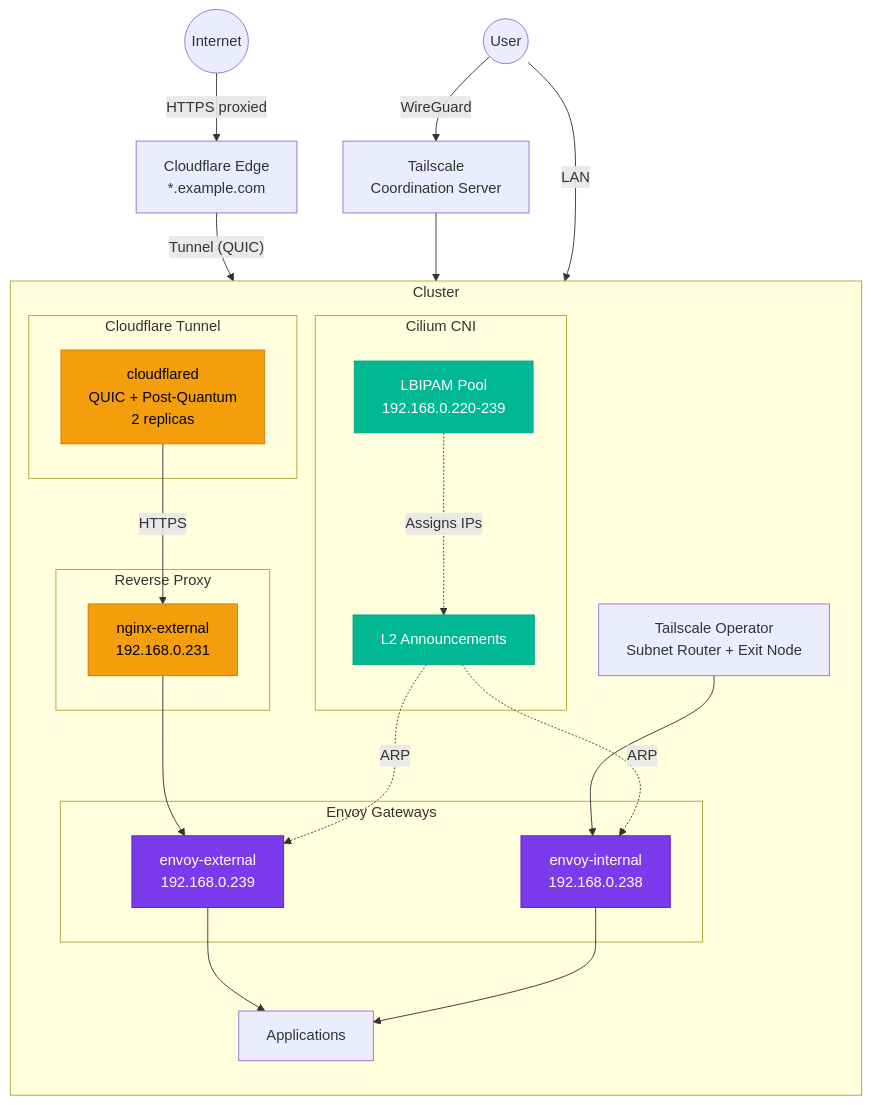
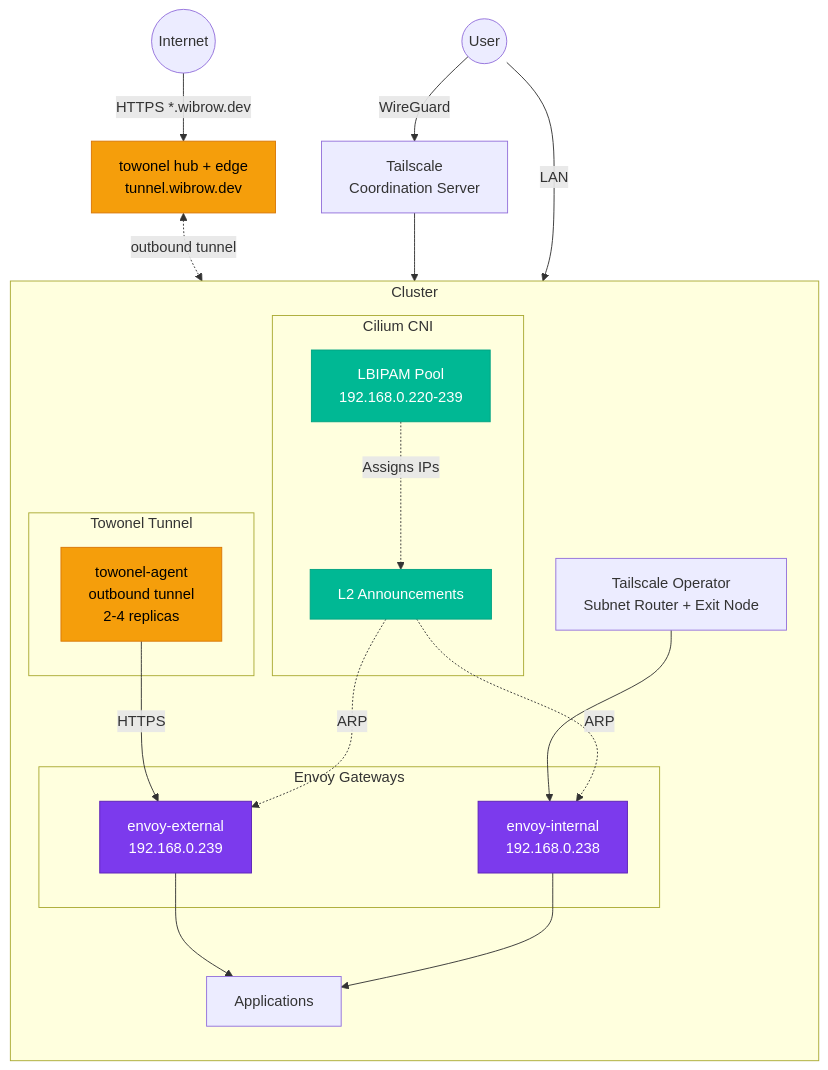
The diagram in docs/networking/index.md (swibrow/home-ops), drawn with Mermaid before and after one commit. The commit also changed other lines of this file and 28 other files, not shown here.

First line of the commit message:
feat(networking): deprecate cloudflared, towonel is the only tunnel

````diff
--- a/docs/networking/index.md
+++ b/docs/networking/index.md
@@ -11,61 +11,56 @@
 ```mermaid
 flowchart TB
     Internet((Internet))
-    CF[Cloudflare Edge<br/>*.example.com]
+    CF[towonel hub + edge<br/>tunnel.wibrow.dev]
     TSCloud[Tailscale<br/>Coordination Server]
 
     subgraph Cluster["Cluster"]
         direction TB
 
-        subgraph Tunnel["Cloudflare Tunnel"]
-            CFD[cloudflared<br/>QUIC + Post-Quantum<br/>2 replicas]
-        end
-
-        subgraph Nginx["Reverse Proxy"]
-            NE[nginx-external<br/>192.168.0.231]
+        subgraph Tunnel["Towonel Tunnel"]
+            TA[towonel-agent<br/>outbound tunnel<br/>2-4 replicas]
         end
 
         subgraph Gateways["Envoy Gateways"]
             EE[envoy-external<br/>192.168.0.239]
             EI[envoy-internal<br/>192.168.0.238]
         end
 
         subgraph Network["Cilium CNI"]
             L2[L2 Announcements]
             LBIPAM[LBIPAM Pool<br/>192.168.0.220-239]
         end
 
         TS[Tailscale Operator<br/>Subnet Router + Exit Node]
 
         Apps[Applications]
     end
 
     User((User))
 
     %% External path
-    Internet -->|"HTTPS proxied"| CF
-    CF -->|"Tunnel (QUIC)"| CFD
-    CFD -->|"HTTPS"| NE
-    NE --> EE
+    Internet -->|"HTTPS *.wibrow.dev"| CF
+    CF <-.->|"outbound tunnel"| TA
+    TA -->|"HTTPS"| EE
     EE --> Apps
 
     %% VPN path
     User -->|"WireGuard"| TSCloud
     TSCloud --> TS
     TS --> EI
     EI --> Apps
 
     %% Internal LAN
     User -->|"LAN"| EI
 
     %% Cilium provides IPs
     L2 -.->|"ARP"| EE & EI
     LBIPAM -.->|"Assigns IPs"| L2
 
     classDef gateway fill:#7c3aed,stroke:#5b21b6,color:#fff
     classDef tunnel fill:#f59e0b,stroke:#d97706,color:#000
     classDef cilium fill:#00b894,stroke:#00a381,color:#fff
     class EE,EI gateway
-    class CFD,NE tunnel
+    class CF,TA tunnel
     class L2,LBIPAM cilium
 ```
````
